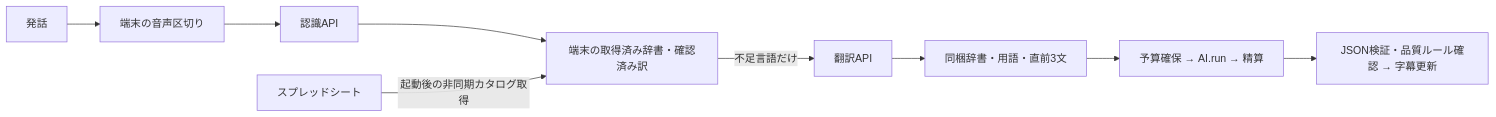
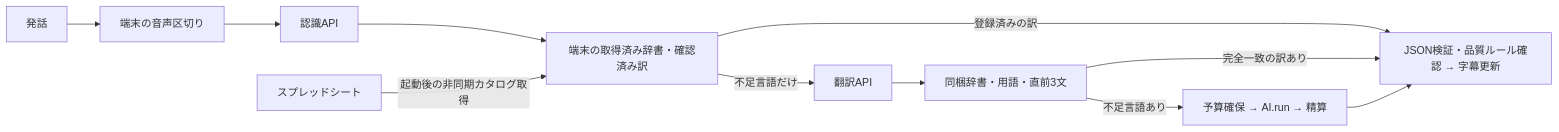
Before and after one commit to hiroakiaa/tsuyaku-kun: the diagram in docs/translation-latency.md, drawn with Mermaid.

Commit message:
Waiting bubbles: docs/translation-latency.md

````diff
--- a/docs/translation-latency.md
+++ b/docs/translation-latency.md
@@ -5,11 +5,13 @@
 ```mermaid
 flowchart LR
  A[発話] --> B[端末の音声区切り]
  B --> C[認識API]
  C --> D[端末の取得済み辞書・確認済み訳]
+ D -->|登録済みの訳| H
  D -->|不足言語だけ| E[翻訳API]
  E --> F[同梱辞書・用語・直前3文]
- F --> G[予算確保 → AI.run → 精算]
+ F -->|完全一致の訳あり| H
+ F -->|不足言語あり| G[予算確保 → AI.run → 精算]
  G --> H[JSON検証・品質ルール確認 → 字幕更新]
  S[スプレッドシート] -->|起動後の非同期カタログ取得| D
 ```
````
